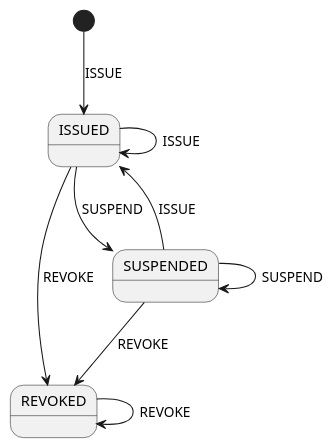
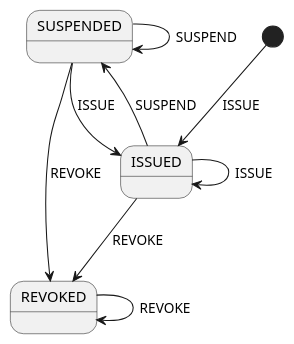
One commit to swiyu-admin-ch/swiyu-issuer changed the diagram in issuer-service/src/main/resources/plantuml/credentialManagementStateMachine.puml. Above: the diagram before and after it, drawn with PlantUML. The commit also changed other lines of this file and 5 other files, not shown here.

Commit message:
refactor(EIDOMNI-292): Update state machine diagrams and enhance transition annotations for clarity

```diff
--- a/issuer-service/src/main/resources/plantuml/credentialManagementStateMachine.puml
+++ b/issuer-service/src/main/resources/plantuml/credentialManagementStateMachine.puml
@@ -1,13 +1,13 @@
 @startuml
+state SUSPENDED
 state REVOKED
 state ISSUED
-state SUSPENDED
 [*] --> ISSUED : ISSUE
 ISSUED --> SUSPENDED : SUSPEND
 ISSUED --> ISSUED : ISSUE
 SUSPENDED --> ISSUED : ISSUE
 ISSUED --> REVOKED : REVOKE
 SUSPENDED --> REVOKED : REVOKE
 REVOKED --> REVOKED : REVOKE
 SUSPENDED --> SUSPENDED : SUSPEND
 @enduml
```
